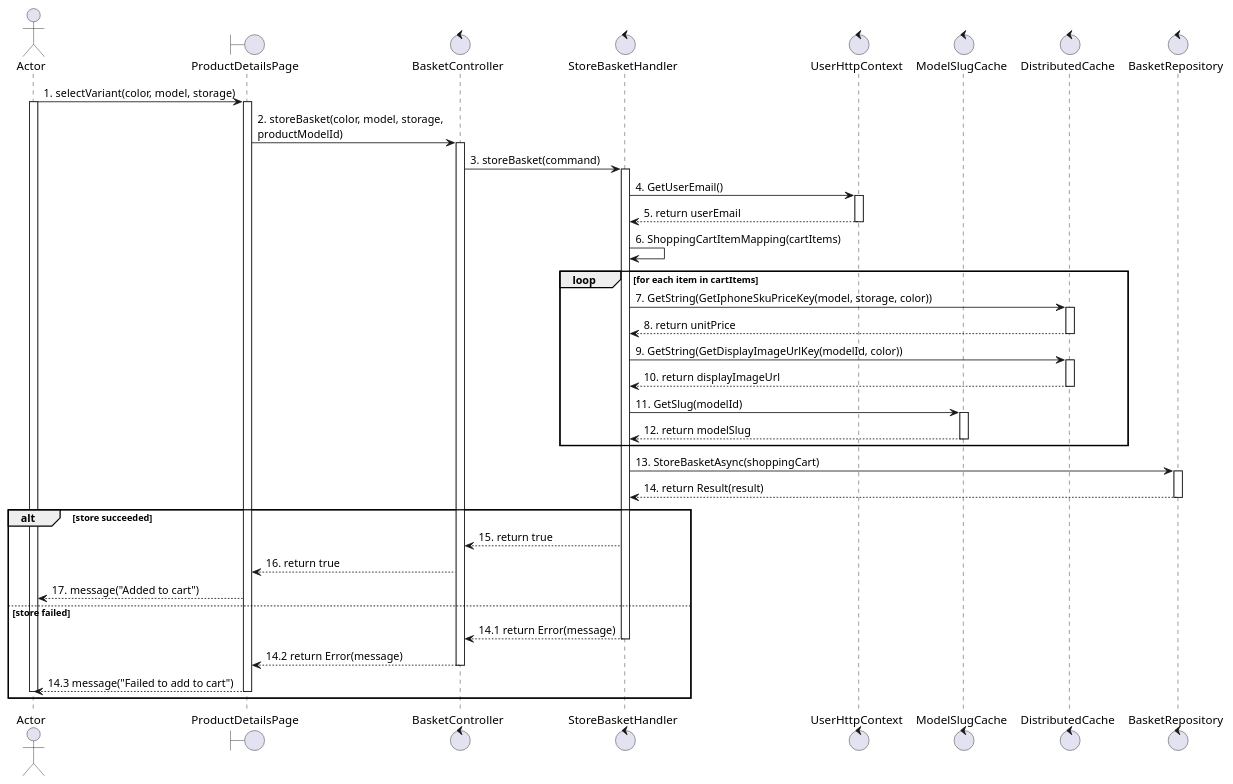
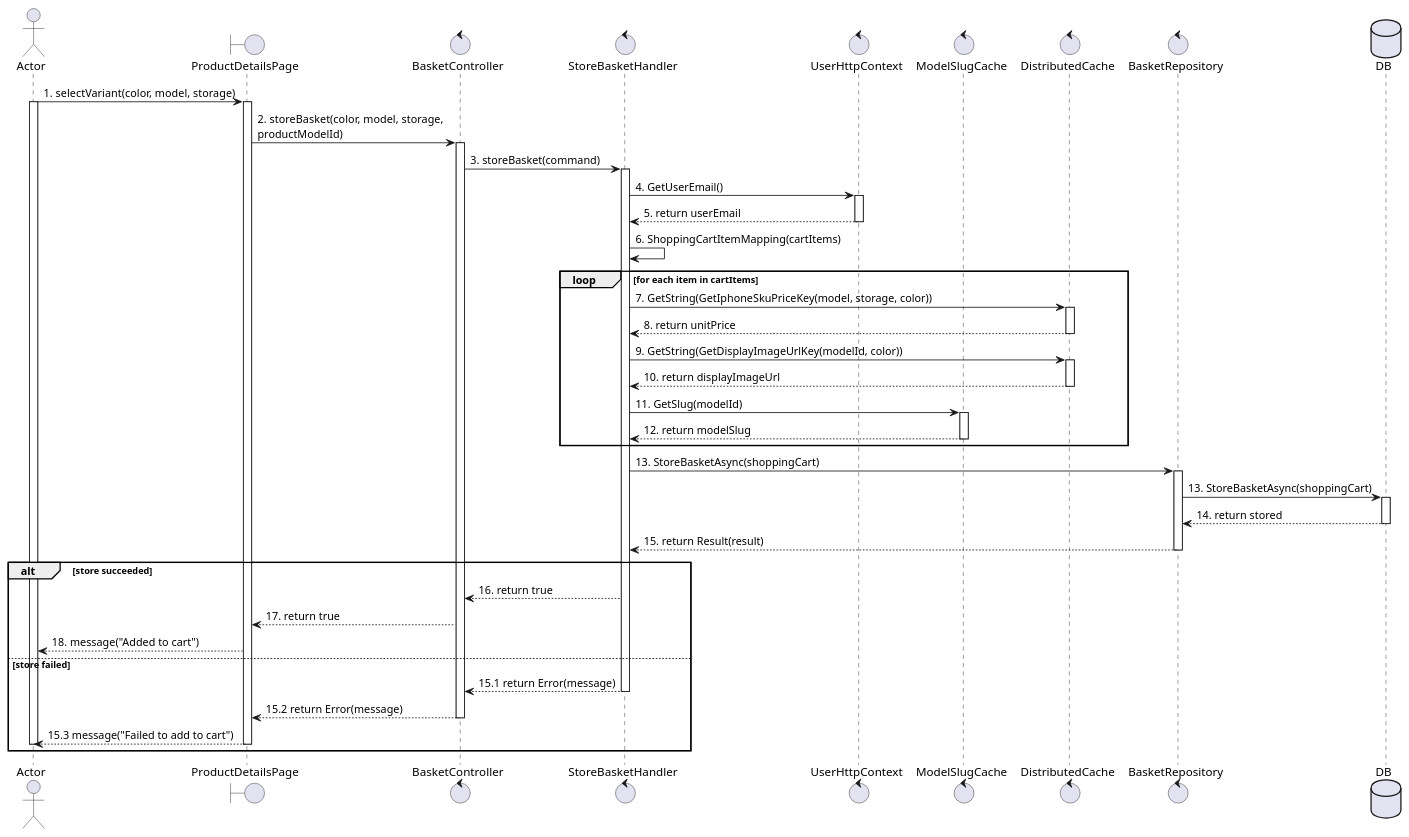
The diagram in docs/usecases/UC9_add-to-cart.plantuml (Young-Z-Generation-YZG/your-comfort-my-apple), drawn with PlantUML before and after one commit. The commit also changed 4 other files, not shown here.

```diff
--- a/docs/usecases/UC9_add-to-cart.plantuml
+++ b/docs/usecases/UC9_add-to-cart.plantuml
@@ -1,64 +1,69 @@
 @startuml UC9_add_to_cart
 actor Actor
 boundary ProductDetailsPage
 control BasketController
 control StoreBasketHandler
 control UserHttpContext
 control ModelSlugCache
 control DistributedCache
 control BasketRepository
+database DB
 
 Actor -> ProductDetailsPage: 1. selectVariant(color, model, storage)
 activate Actor
 activate ProductDetailsPage
 
 ProductDetailsPage -> BasketController: 2. storeBasket(color, model, storage, \nproductModelId)
 activate BasketController
 
 BasketController -> StoreBasketHandler: 3. storeBasket(command)
 activate StoreBasketHandler
 
 StoreBasketHandler -> UserHttpContext: 4. GetUserEmail()
 activate UserHttpContext
 UserHttpContext --> StoreBasketHandler: 5. return userEmail
 deactivate UserHttpContext
 
 StoreBasketHandler -> StoreBasketHandler: 6. ShoppingCartItemMapping(cartItems)
 
 loop for each item in cartItems
     StoreBasketHandler -> DistributedCache: 7. GetString(GetIphoneSkuPriceKey(model, storage, color))
     activate DistributedCache
     DistributedCache --> StoreBasketHandler: 8. return unitPrice
     deactivate DistributedCache
 
     StoreBasketHandler -> DistributedCache: 9. GetString(GetDisplayImageUrlKey(modelId, color))
     activate DistributedCache
     DistributedCache --> StoreBasketHandler: 10. return displayImageUrl
     deactivate DistributedCache
 
     StoreBasketHandler -> ModelSlugCache: 11. GetSlug(modelId)
     activate ModelSlugCache
     ModelSlugCache --> StoreBasketHandler: 12. return modelSlug
     deactivate ModelSlugCache
 end
 
 StoreBasketHandler -> BasketRepository: 13. StoreBasketAsync(shoppingCart)
 activate BasketRepository
-BasketRepository --> StoreBasketHandler: 14. return Result(result)
+BasketRepository -> DB: 13. StoreBasketAsync(shoppingCart)
+activate DB
+DB --> BasketRepository: 14. return stored
+deactivate DB
+BasketRepository --> StoreBasketHandler: 15. return Result(result)
 deactivate BasketRepository
 
 alt store succeeded
-    StoreBasketHandler --> BasketController: 15. return true
-    BasketController --> ProductDetailsPage: 16. return true
-    ProductDetailsPage --> Actor: 17. message("Added to cart")
+    StoreBasketHandler --> BasketController: 16. return true
+    BasketController --> ProductDetailsPage: 17. return true
+    ProductDetailsPage --> Actor: 18. message("Added to cart")
 else store failed
-    StoreBasketHandler --> BasketController: 14.1 return Error(message)
+    StoreBasketHandler --> BasketController: 15.1 return Error(message)
     deactivate StoreBasketHandler
-    BasketController --> ProductDetailsPage: 14.2 return Error(message)
+    BasketController --> ProductDetailsPage: 15.2 return Error(message)
     deactivate BasketController
-    ProductDetailsPage --> Actor: 14.3 message("Failed to add to cart")
+    ProductDetailsPage --> Actor: 15.3 message("Failed to add to cart")
     deactivate ProductDetailsPage
     deactivate Actor
 end
 
 @enduml
```
